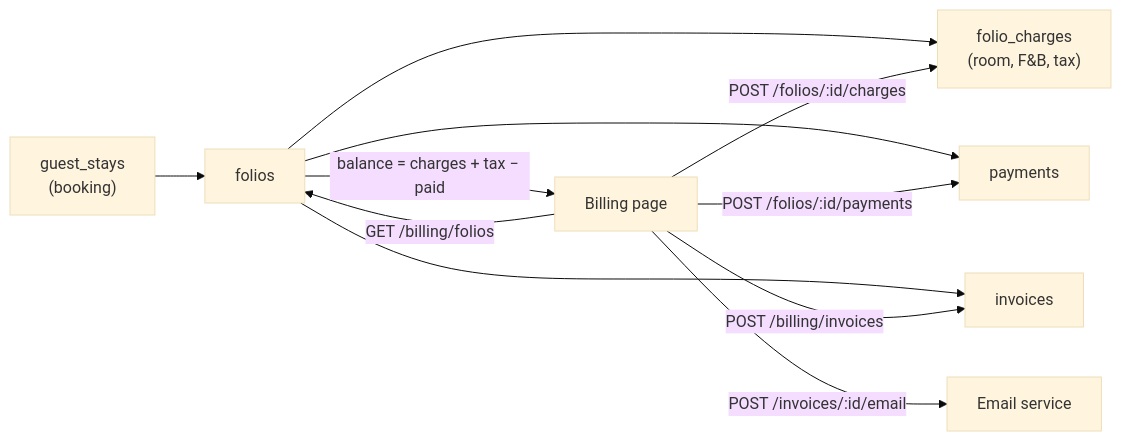
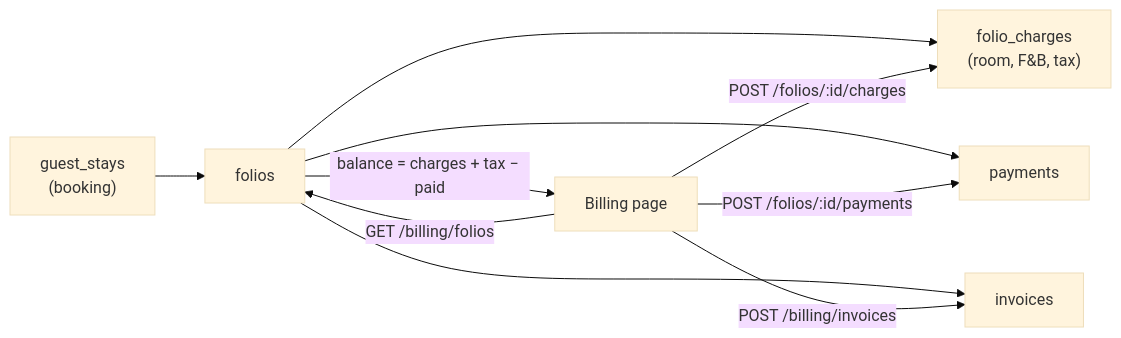
One commit to jasmeet15069/HmsAdminStaffPortal changed the eighth of 10 diagrams in docs/ARCHITECTURE.md. Above: the diagram before and after it, drawn with Mermaid (base theme). The commit also changed other lines of this file, not shown here.

First line of the commit message:
docs: rewrite ARCHITECTURE to match target diagram; scrub IPs

````diff
--- a/docs/ARCHITECTURE.md
+++ b/docs/ARCHITECTURE.md
@@ -316,15 +274,12 @@
 ```mermaid
 flowchart LR
     GS["guest_stays<br/>(booking)"] --> F["folios"]
     F --> FC["folio_charges<br/>(room, F&B, tax)"]
     F --> P["payments"]
     F --> INV["invoices"]
-
     UI["Billing page"] -->|"GET /billing/folios"| F
     UI -->|"POST /folios/:id/charges"| FC
     UI -->|"POST /folios/:id/payments"| P
     UI -->|"POST /billing/invoices"| INV
-    UI -->|"POST /invoices/:id/email"| MAIL["Email service"]
-
     F -->|"balance = charges + tax − paid"| UI
 ```
````
